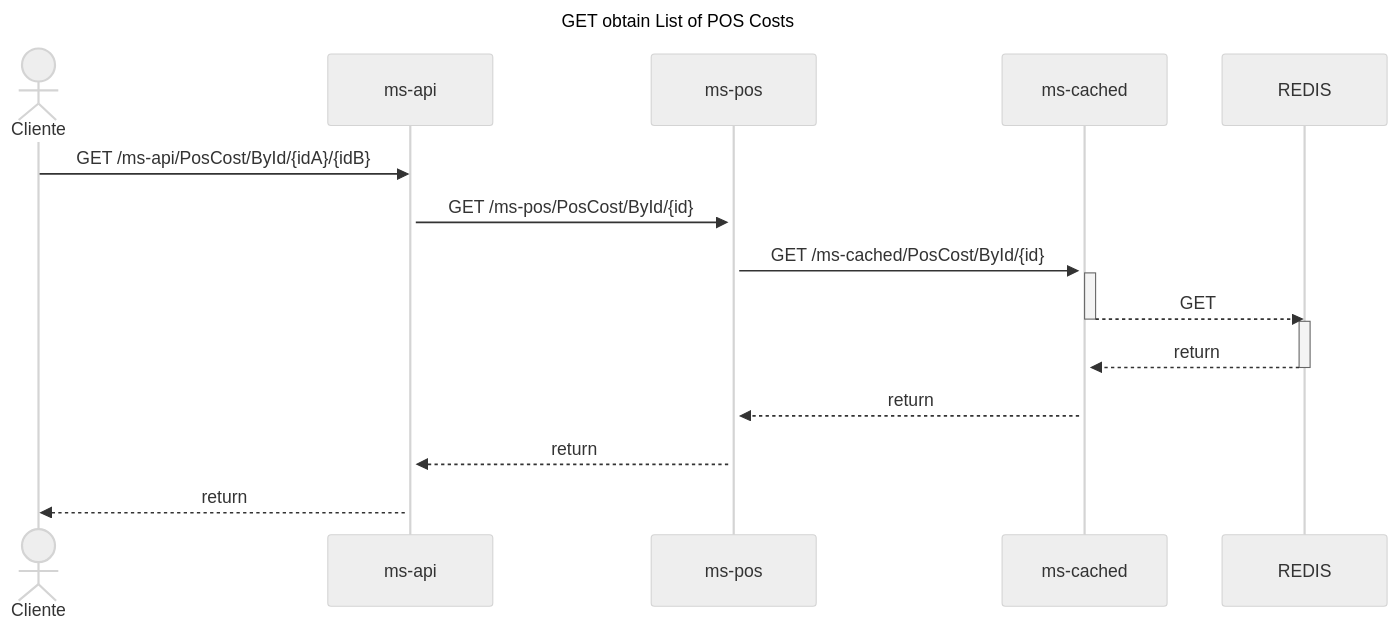
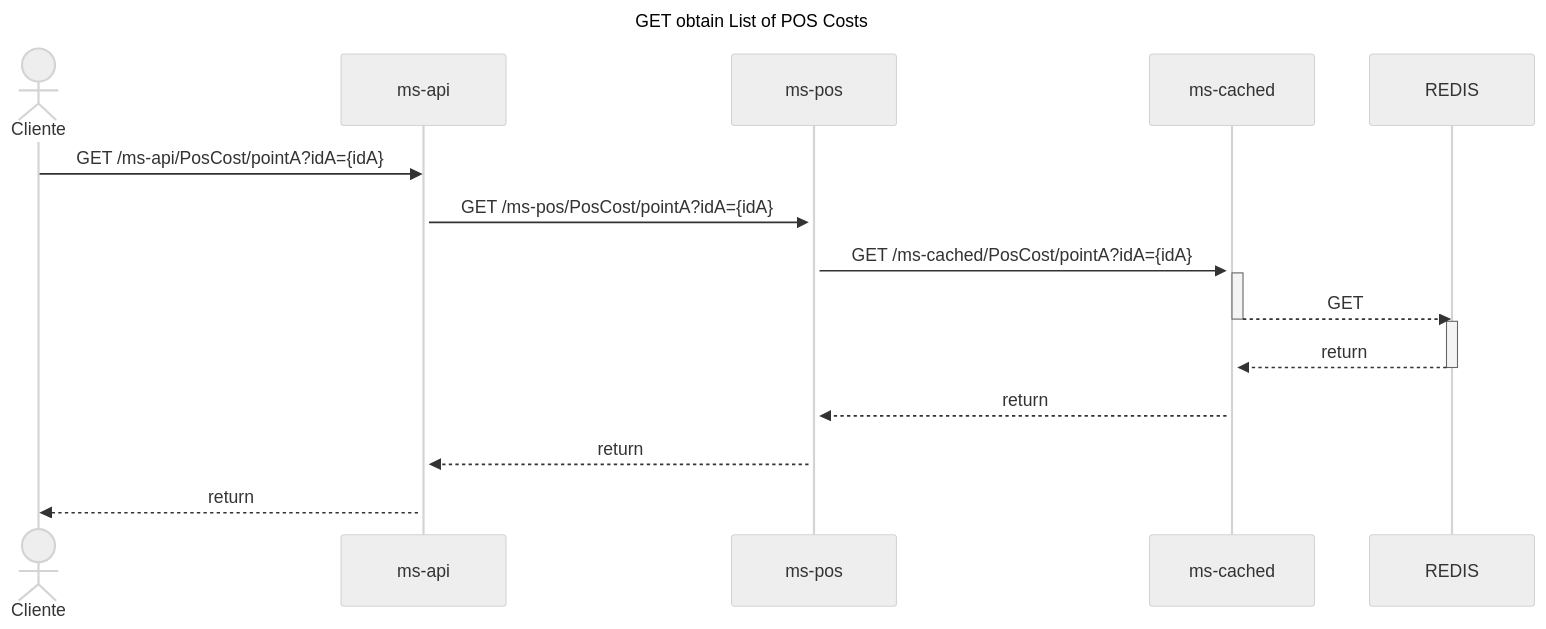
One commit to sailenicolas/JavaChallenge changed the ninth of 12 diagrams in README.md. Above: the diagram before and after it, drawn with Mermaid (neutral theme). The commit also changed other lines of this file, not shown here.

Commit message:
Update API endpoints in README for clarity

````diff
--- a/README.md
+++ b/README.md
@@ -344,24 +344,24 @@
 ```mermaid
 sequenceDiagram
 title GET obtain  List of POS Costs
     actor Cliente
     participant api as ms-api
     participant pos as ms-pos
     participant cached as ms-cached
     participant datos as REDIS
-    Cliente->>api: GET /ms-api/PosCost/ById/{idA}/{idB}
+    Cliente->>api: GET /ms-api/PosCost/pointA?idA={idA}
     activate api
     activate pos
-    api->>pos: GET /ms-pos/PosCost/ById/{id}
+    api->>pos: GET /ms-pos/PosCost/pointA?idA={idA}
     activate cached
-    pos->>cached: GET /ms-cached/PosCost/ById/{id}
+    pos->>cached: GET /ms-cached/PosCost/pointA?idA={idA}
     activate cached
     cached -->> datos: GET
     deactivate cached
     activate datos
     datos -->> cached: return
     deactivate datos
     cached -->> pos: return
     pos -->> api: return
     api -->> Cliente: return
 ```
````
